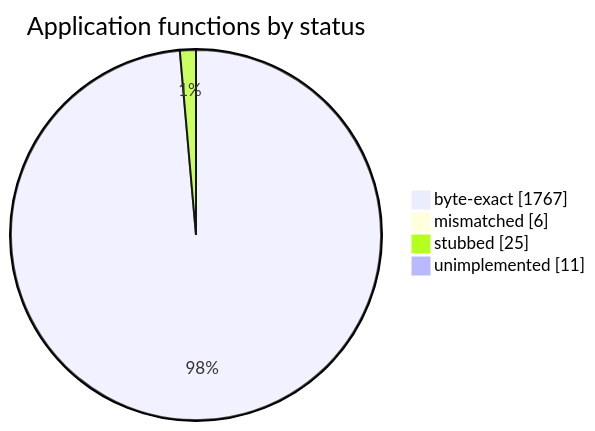
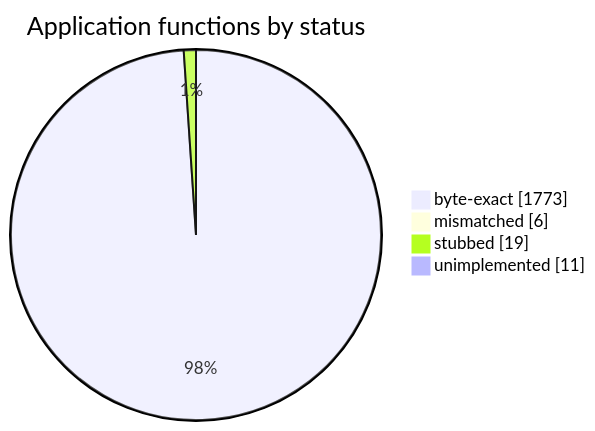
Before and after one commit to sorokya/eos: the diagram in README.md, drawn with Mermaid. The commit also changed other lines of this file and 1 other file, not shown here.

````diff
--- a/README.md
+++ b/README.md
@@ -154,8 +154,8 @@
 ```mermaid
 pie showData
     title Application functions by status
-    "byte-exact" : 1767
+    "byte-exact" : 1773
     "mismatched" : 6
-    "stubbed" : 25
+    "stubbed" : 19
     "unimplemented" : 11
 ```
````
